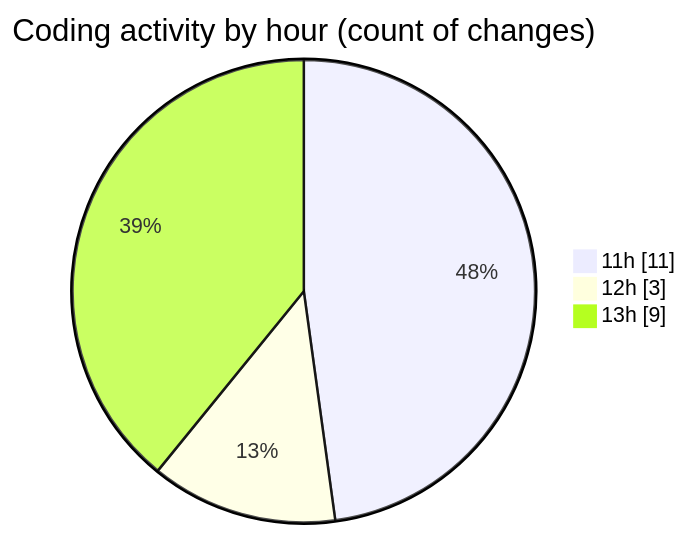
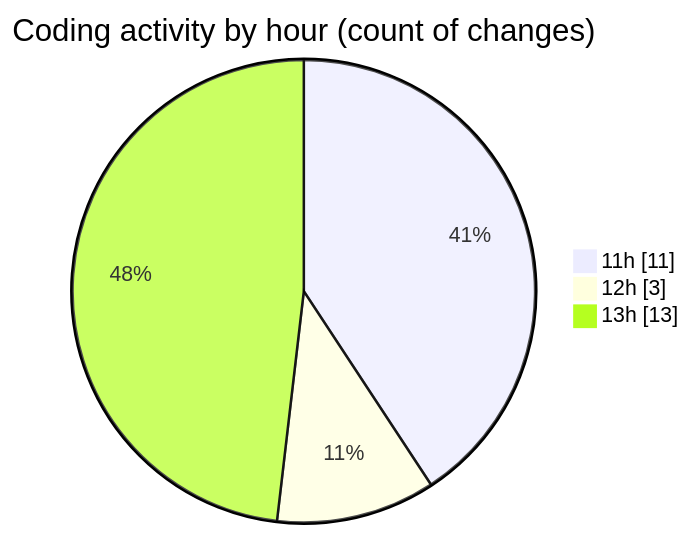
One commit to momahboobian/code-tracking changed the second of 2 diagrams in 2026-05-20/cda/README.md. Above: the diagram before and after it, drawn with Mermaid. The commit also changed other lines of this file and 1 other file, not shown here.

````diff
--- a/2026-05-20/cda/README.md
+++ b/2026-05-20/cda/README.md
@@ -35,7 +35,7 @@
 ```mermaid
 pie showData
 title Coding activity by hour (count of changes)
 "11h" : 11
 "12h" : 3
-"13h" : 9
+"13h" : 13
 ```
````
